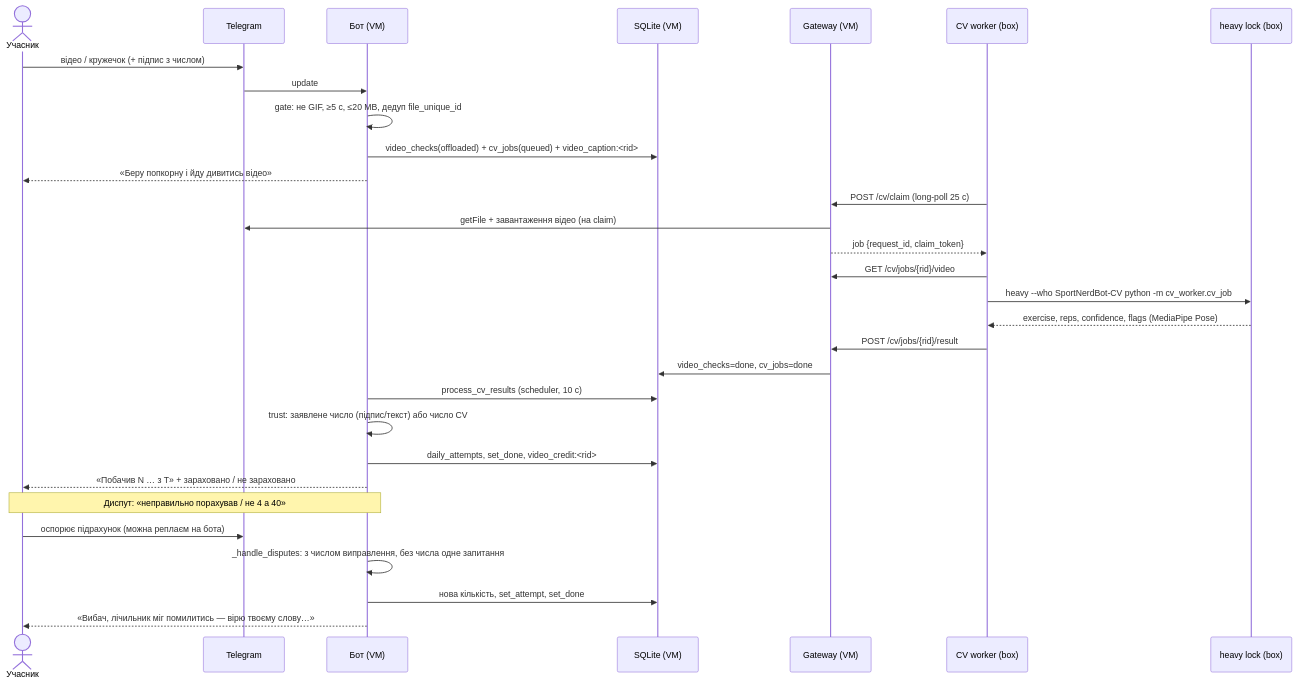
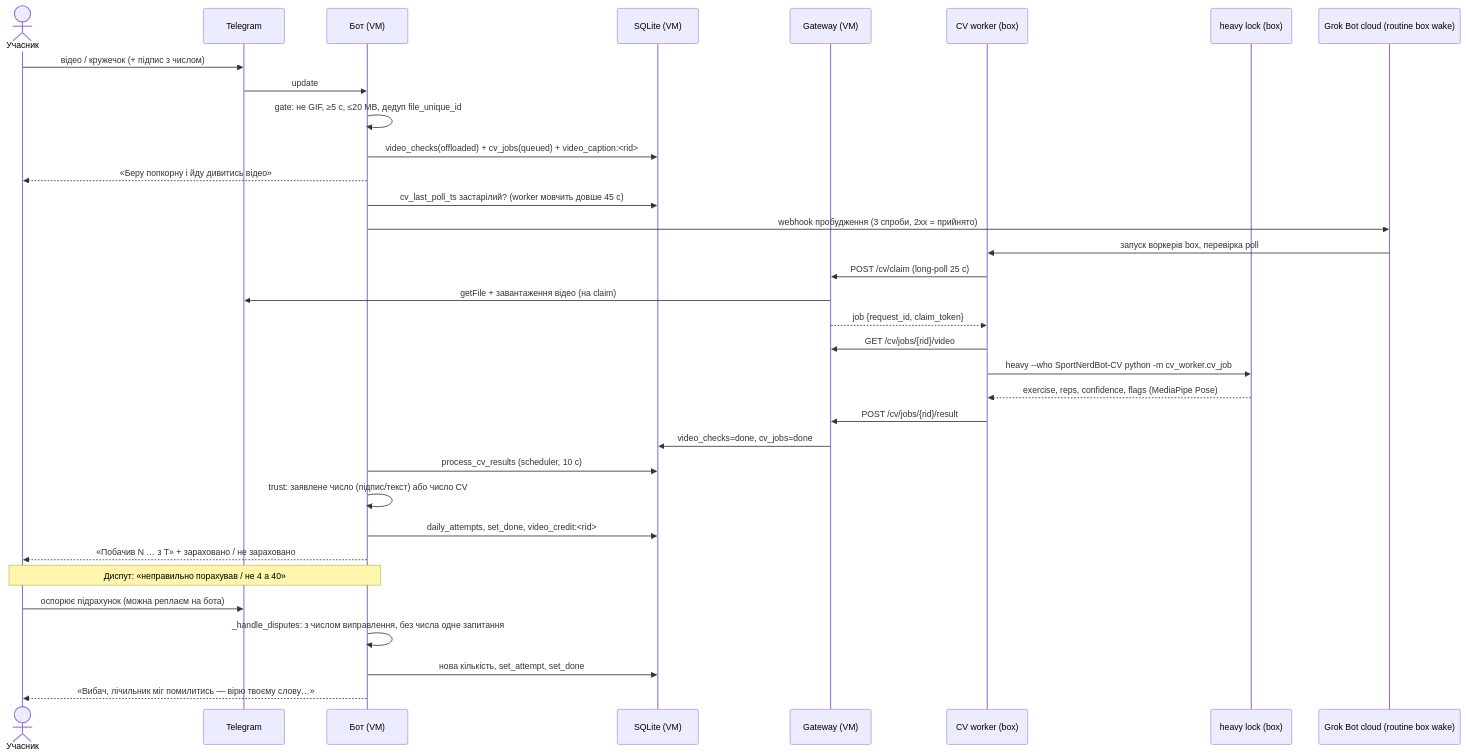
The third of 4 diagrams in docs/FLOWS.md (Oleksandr-Polishchuk-Oleksiyovich/pipbot), drawn with Mermaid before and after one commit. The commit also changed other lines of this file and 14 other files, not shown here.

Commit message:
feat(wake): VM wakes the box via webhook (retries) when a CV job is queued and the worker is not polling; /cv/worker_status; secret endpoint + CLI; docs

````diff
--- a/docs/FLOWS.md
+++ b/docs/FLOWS.md
@@ -116,32 +116,36 @@
 ```mermaid
 sequenceDiagram
   actor U as Учасник
   participant TG as Telegram
   participant BOT as Бот (VM)
   participant DB as SQLite (VM)
   participant GW as Gateway (VM)
   participant W as CV worker (box)
   participant H as heavy lock (box)
+  participant RT as Grok Bot cloud (routine box wake)
   U->>TG: відео / кружечок (+ підпис з числом)
   TG->>BOT: update
   BOT->>BOT: gate: не GIF, ≥5 с, ≤20 MB, дедуп file_unique_id
   BOT->>DB: video_checks(offloaded) + cv_jobs(queued) + video_caption:<rid>
   BOT-->>U: «Беру попкорну і йду дивитись відео»
+  BOT->>DB: cv_last_poll_ts застарілий? (worker мовчить довше 45 с)
+  BOT->>RT: webhook пробудження (3 спроби, 2xx = прийнято)
+  RT->>W: запуск воркерів box, перевірка poll
   W->>GW: POST /cv/claim (long-poll 25 с)
   GW->>TG: getFile + завантаження відео (на claim)
   GW-->>W: job {request_id, claim_token}
   W->>GW: GET /cv/jobs/{rid}/video
   W->>H: heavy --who SportNerdBot-CV python -m cv_worker.cv_job
   H-->>W: exercise, reps, confidence, flags (MediaPipe Pose)
   W->>GW: POST /cv/jobs/{rid}/result
   GW->>DB: video_checks=done, cv_jobs=done
   BOT->>DB: process_cv_results (scheduler, 10 с)
   BOT->>BOT: trust: заявлене число (підпис/текст) або число CV
   BOT->>DB: daily_attempts, set_done, video_credit:<rid>
   BOT-->>U: «Побачив N … з T» + зараховано / не зараховано
   Note over U,BOT: Диспут: «неправильно порахував / не 4 а 40»
   U->>TG: оспорює підрахунок (можна реплаєм на бота)
   BOT->>BOT: _handle_disputes: з числом виправлення, без числа одне запитання
   BOT->>DB: нова кількість, set_attempt, set_done
   BOT-->>U: «Вибач, лічильник міг помилитись — вірю твоєму слову…»
 ```
````
